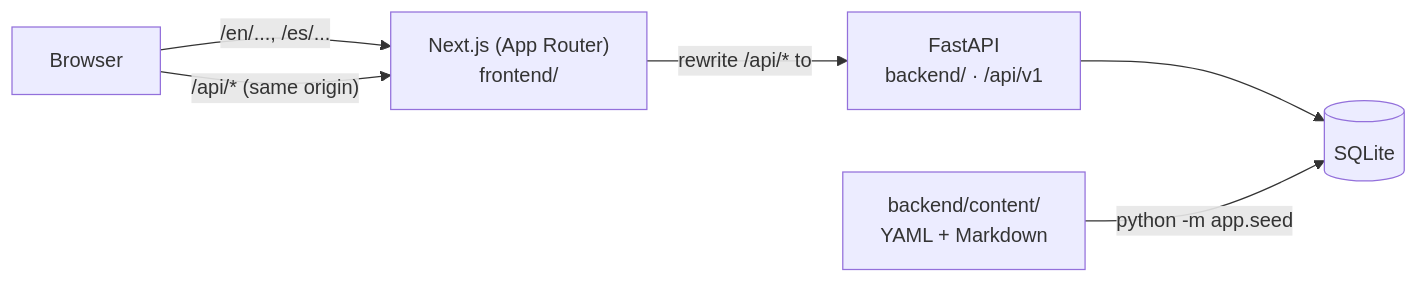
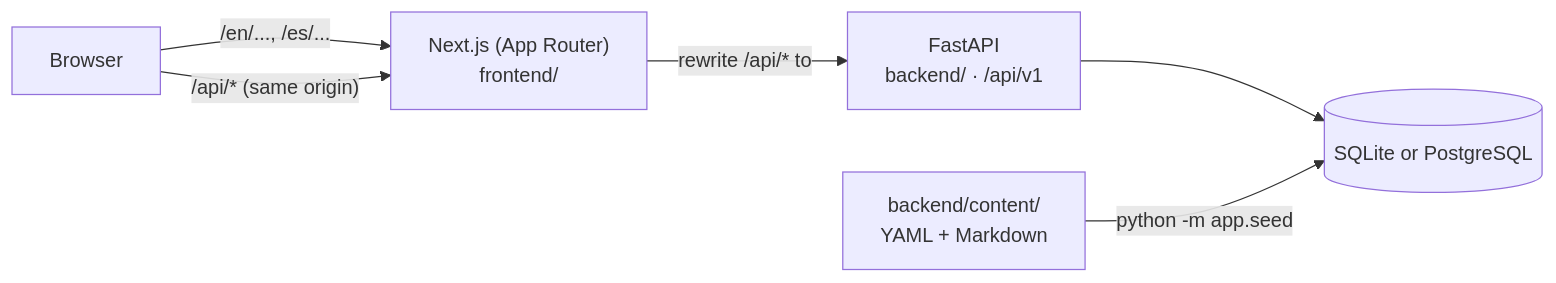
One commit to frandigon6alves/python-academy changed the first of 3 diagrams in README.md. Above: the diagram before and after it, drawn with Mermaid. The commit also changed other lines of this file, not shown here.

````diff
--- a/README.md
+++ b/README.md
@@ -40,8 +40,8 @@
 ```mermaid
 flowchart LR
     Browser -->|"/en/..., /es/..."| Next["Next.js (App Router)<br/>frontend/"]
     Browser -->|"/api/* (same origin)"| Next
     Next -->|"rewrite /api/* to"| API["FastAPI<br/>backend/ · /api/v1"]
-    API --> DB[("SQLite")]
+    API --> DB[("SQLite or PostgreSQL")]
     Content["backend/content/<br/>YAML + Markdown"] -->|"python -m app.seed"| DB
 ```
````
